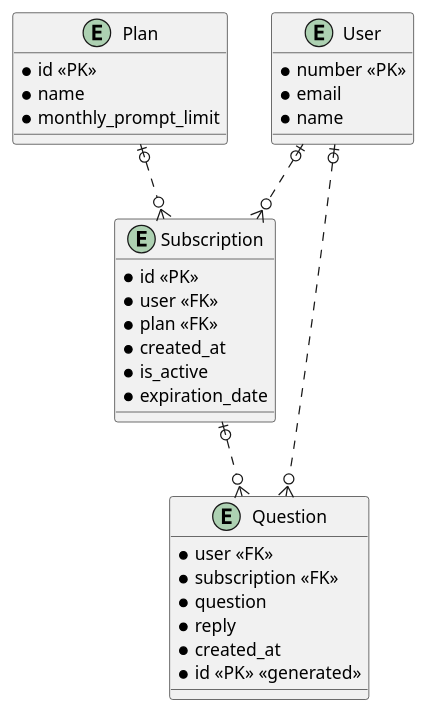
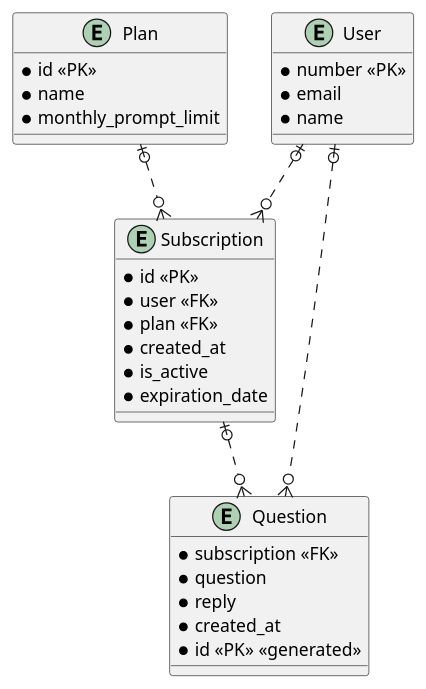
The diagram in sprint-1-respostas.md (vinitava07/ti-2), drawn with PlantUML before and after one commit. The commit also changed other lines of this file, not shown here.

```diff
--- a/sprint-1-respostas.md
+++ b/sprint-1-respostas.md
@@ -39,36 +74,35 @@
 @startuml
 entity "User" as user {
  * number <<PK>>
  * email
  * name
 }
 
 entity "Plan" as plan {
  * id <<PK>>
  * name
  * monthly_prompt_limit
 }
 
 entity "Subscription" as subs {
  * id <<PK>>
  * user <<FK>>
  * plan <<FK>>
  * created_at
  * is_active
  * expiration_date
 }
 
 entity "Question" as question {
- * user <<FK>>
  * subscription <<FK>>
  * question
  * reply
  * created_at
  * id <<PK>> <<generated>>
 }
 
 user|o..o{ subs
 plan|o..o{ subs
 user|o..o{ question
-subs|o..o{ question
+subs|o..o{ question    
 @enduml
```
